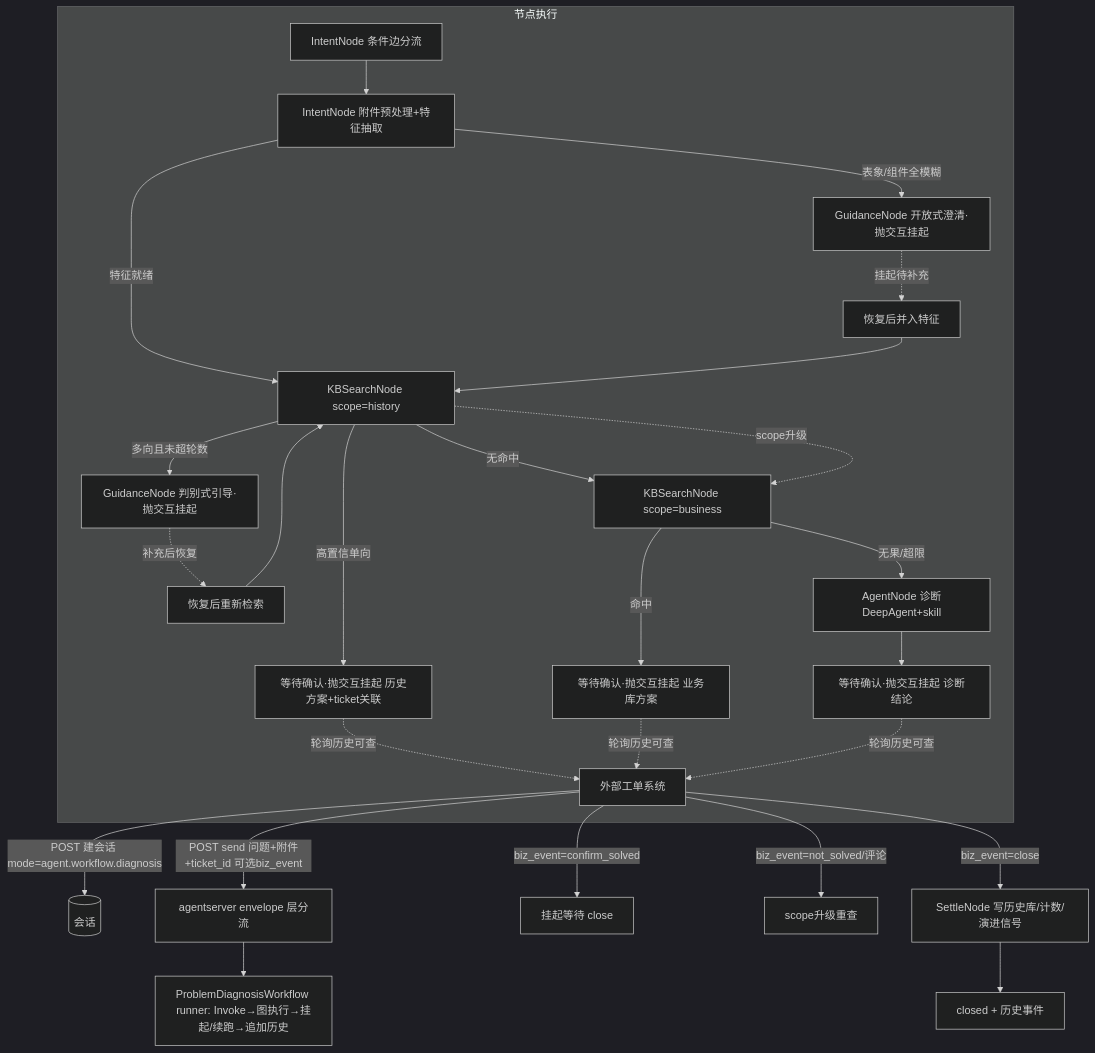
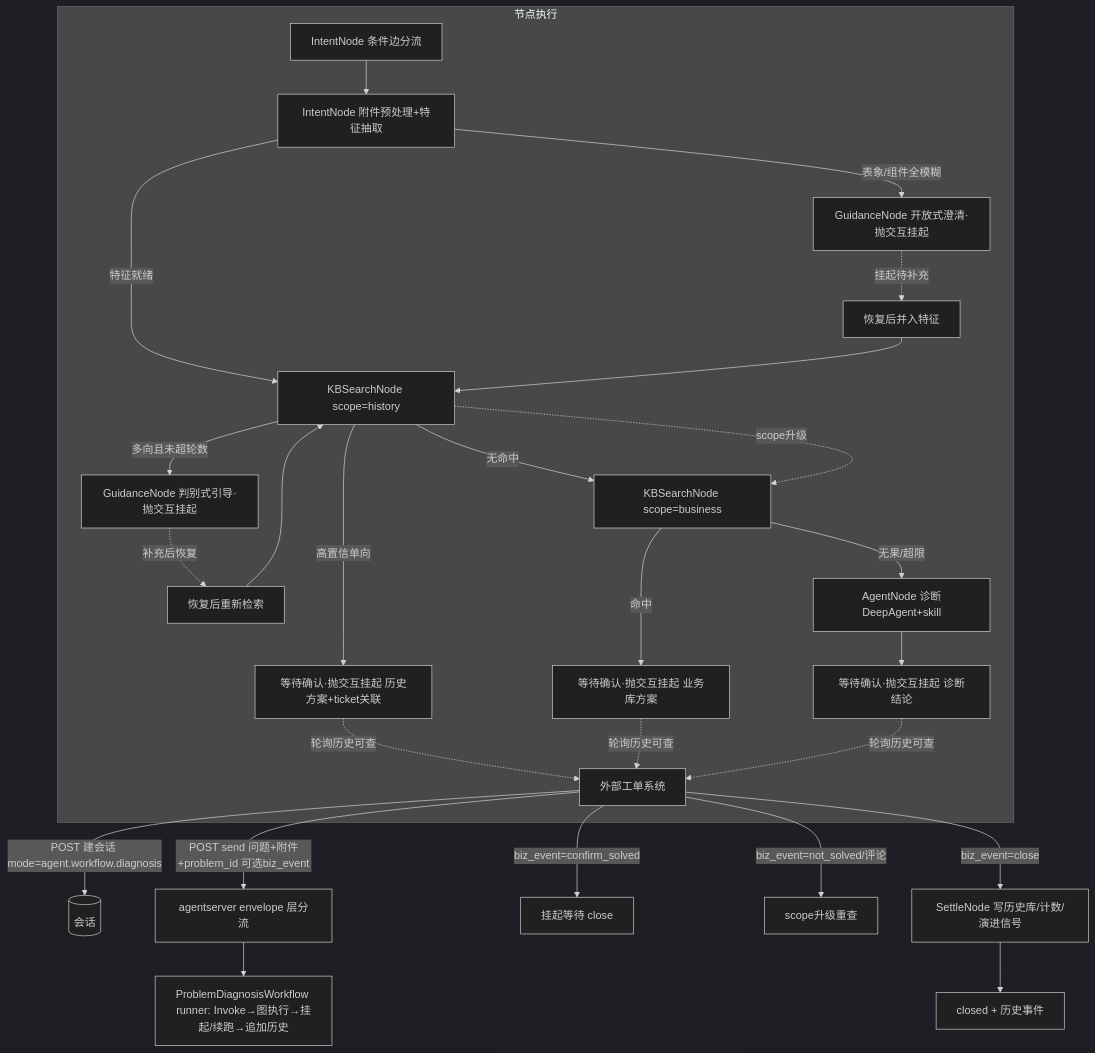
One commit to CrazyLichen/uapclaw-go changed the diagram in docs/superpowers/specs/2026-11-26-ticket-workflow-design.md. Above: the diagram before and after it, drawn with Mermaid (dark theme). The commit also changed other lines of this file, not shown here.

Commit message:
docs(spec): ticket_id 改名 problem_id（外部载体字段与工作流解耦）；新增命中即挂起原则——正常 invoke 返回仅限终态，补充信息经中断应答直达节点信箱

````diff
--- a/docs/superpowers/specs/2026-11-26-ticket-workflow-design.md
+++ b/docs/superpowers/specs/2026-11-26-ticket-workflow-design.md
@@ -173,29 +175,29 @@
 ```mermaid
 flowchart TD
     EXT[外部工单系统] -->|POST 建会话 mode=agent.workflow.diagnosis| SES[(会话)]
-    EXT -->|POST send 问题+附件+ticket_id 可选biz_event| AS[agentserver envelope 层分流]
+    EXT -->|POST send 问题+附件+problem_id 可选biz_event| AS[agentserver envelope 层分流]
     AS --> WF[ProblemDiagnosisWorkflow runner: Invoke→图执行→挂起/续跑→追加历史]
 
     subgraph 节点执行
         R[IntentNode 条件边分流] --> I[IntentNode 附件预处理+特征抽取]
         I -->|表象/组件全模糊| G1[GuidanceNode 开放式澄清·抛交互挂起]
         I -->|特征就绪| K[KBSearchNode scope=history]
         G1 -.挂起待补充.-> G1R[恢复后并入特征]
         G1R --> K
         K -->|高置信单向| WC1[等待确认·抛交互挂起 历史方案+ticket关联]
         K -->|多向且未超轮数| G2[GuidanceNode 判别式引导·抛交互挂起]
         G2 -.补充后恢复.-> G2R[恢复后重新检索]
         G2R --> K
         K -->|无命中| K2[KBSearchNode scope=business]
         K -.scope升级.-> K2
         K2 -->|命中| WC2[等待确认·抛交互挂起 业务库方案]
         K2 -->|无果/超限| A[AgentNode 诊断DeepAgent+skill]
         A --> WC3[等待确认·抛交互挂起 诊断结论]
         WC1 & WC2 & WC3 -.轮询历史可查.-> EXT
     end
 
     EXT -->|biz_event=confirm_solved| PEND[挂起等待 close]
     EXT -->|biz_event=not_solved/评论| UP[scope升级重查]
     EXT -->|biz_event=close| S[SettleNode 写历史库/计数/演进信号]
     S --> CL[closed + 历史事件]
 ```
````
